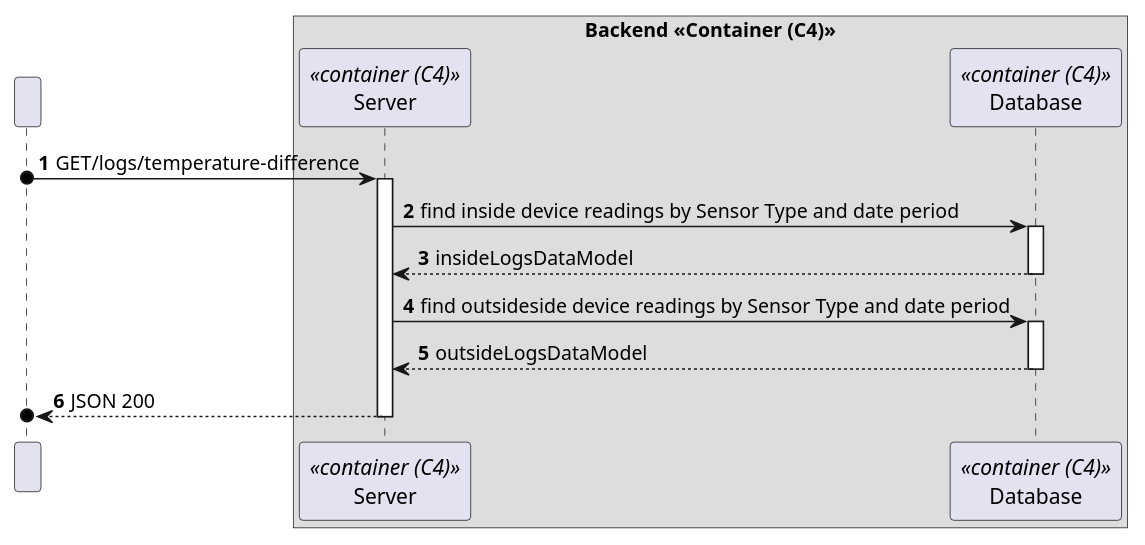
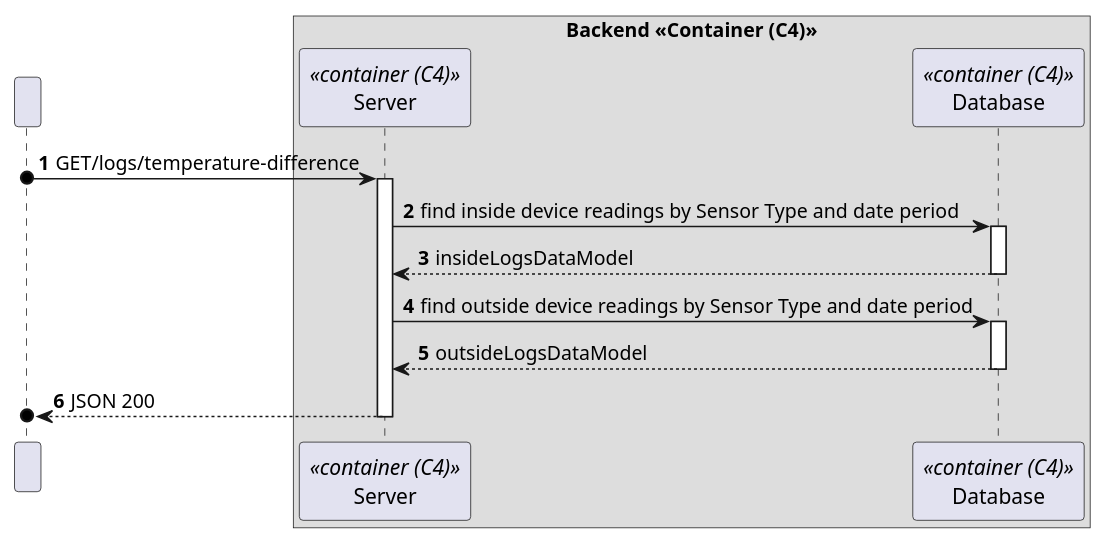
Before and after one commit to moutajDev/smarthome: the diagram in docs/C4_4plus1_models/Level3/ProcessView/ProcessViewLevel3_UC13.puml, drawn with PlantUML. The commit also changed 2 other files, not shown here.

```diff
--- a/docs/C4_4plus1_models/Level3/ProcessView/ProcessViewLevel3_UC13.puml
+++ b/docs/C4_4plus1_models/Level3/ProcessView/ProcessViewLevel3_UC13.puml
@@ -1,38 +1,38 @@
 @startuml
 'https://plantuml.com/sequence-diagram
 !pragma layout smetana
 
 autonumber
 
 participant " " as HTTP
 
 box "Backend <<Container (C4)>>"
     participant "Server" as SE<<container (C4)>>
     participant "Database" as DB<<container (C4)>>
 end box
 
 
 HTTP o-> SE : GET/logs/temperature-difference
 activate SE
 
 SE -> DB : find inside device readings by Sensor Type and date period
 activate DB
 
 DB --> SE : insideLogsDataModel
 deactivate DB
 
-SE -> DB : find outsideside device readings by Sensor Type and date period
+SE -> DB : find outside device readings by Sensor Type and date period
 activate DB
 
 DB --> SE : outsideLogsDataModel
 deactivate DB
 
 
 
 SE -->o HTTP : JSON 200
 deactivate SE
 
 deactivate HTTP
 
 
 @enduml
```
